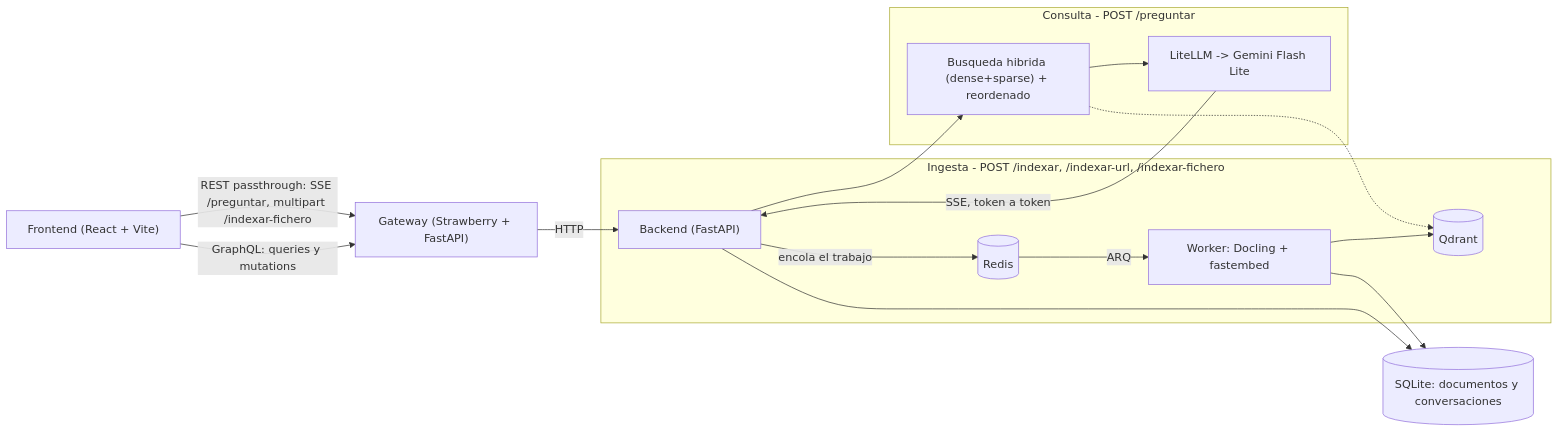
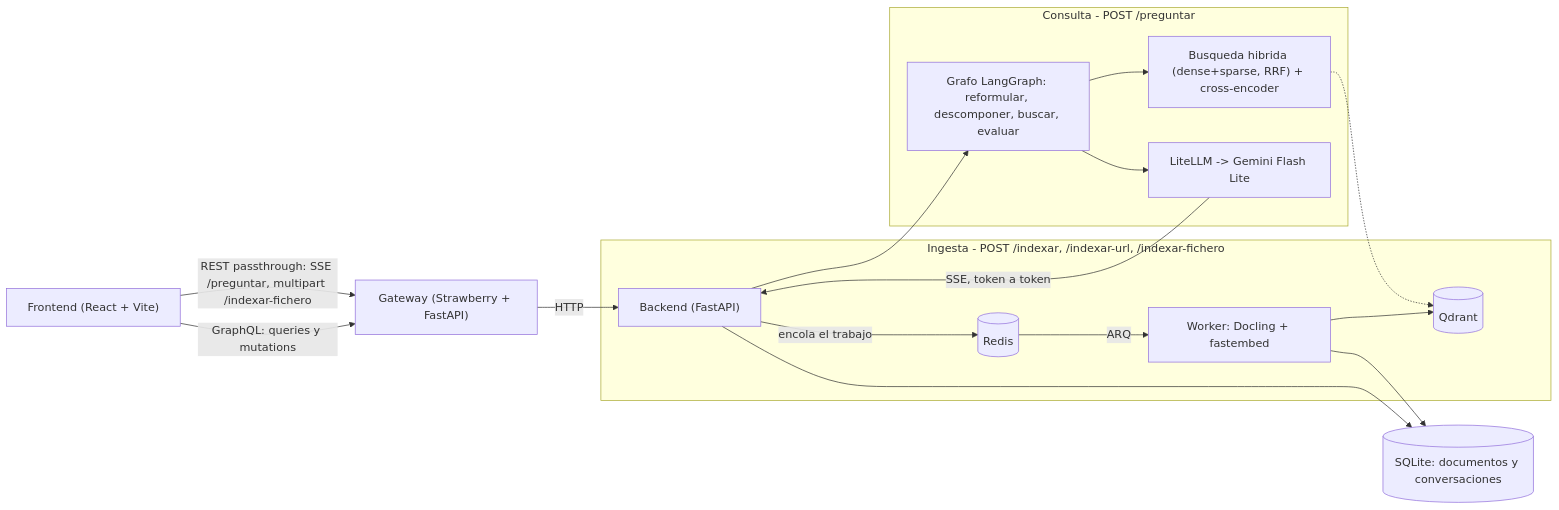
One commit to Pepe-alms/AGENT4U changed the diagram in README.md. Above: the diagram before and after it, drawn with Mermaid. The commit also changed other lines of this file and 9 other files, not shown here.

````diff
--- a/README.md
+++ b/README.md
@@ -48,25 +49,26 @@
 ```mermaid
 flowchart LR
     FE["Frontend (React + Vite)"]
 
     FE -->|"GraphQL: queries y mutations"| GW["Gateway (Strawberry + FastAPI)"]
     FE -->|"REST passthrough: SSE /preguntar, multipart /indexar-fichero"| GW
 
     GW -->|"HTTP"| API["Backend (FastAPI)"]
 
     subgraph ING["Ingesta - POST /indexar, /indexar-url, /indexar-fichero"]
         API -->|"encola el trabajo"| REDIS[("Redis")]
         REDIS -->|"ARQ"| WORKER["Worker: Docling + fastembed"]
         WORKER --> QDRANT[("Qdrant")]
     end
 
     subgraph CONS["Consulta - POST /preguntar"]
-        API --> RETRIEVAL["Busqueda hibrida (dense+sparse) + reordenado"]
+        API --> GRAFO["Grafo LangGraph: reformular, descomponer, buscar, evaluar"]
+        GRAFO --> RETRIEVAL["Busqueda hibrida (dense+sparse, RRF) + cross-encoder"]
         RETRIEVAL -.-> QDRANT
-        RETRIEVAL --> LLM["LiteLLM -> Gemini Flash Lite"]
+        GRAFO --> LLM["LiteLLM -> Gemini Flash Lite"]
         LLM -->|"SSE, token a token"| API
     end
 
     API --> DB[("SQLite: documentos y conversaciones")]
     WORKER --> DB
 ```
````
